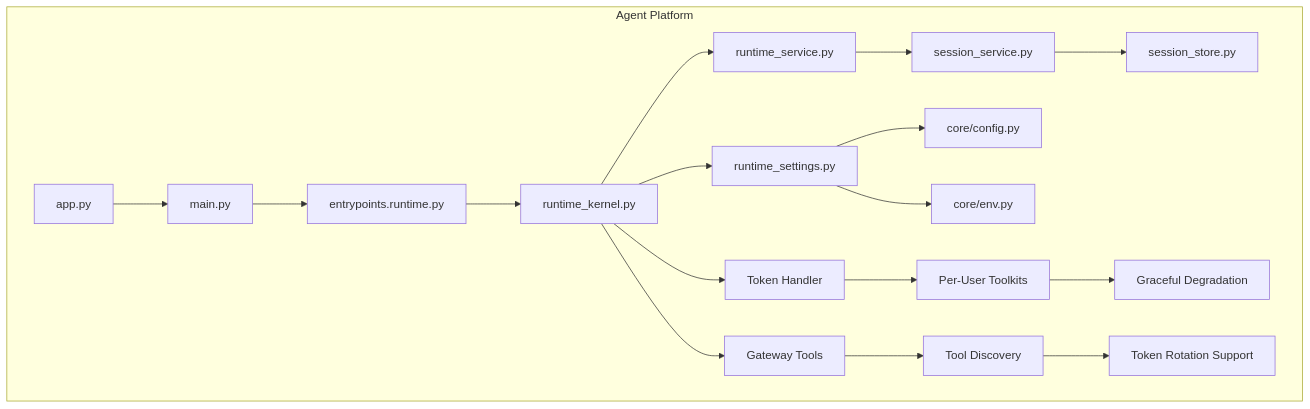
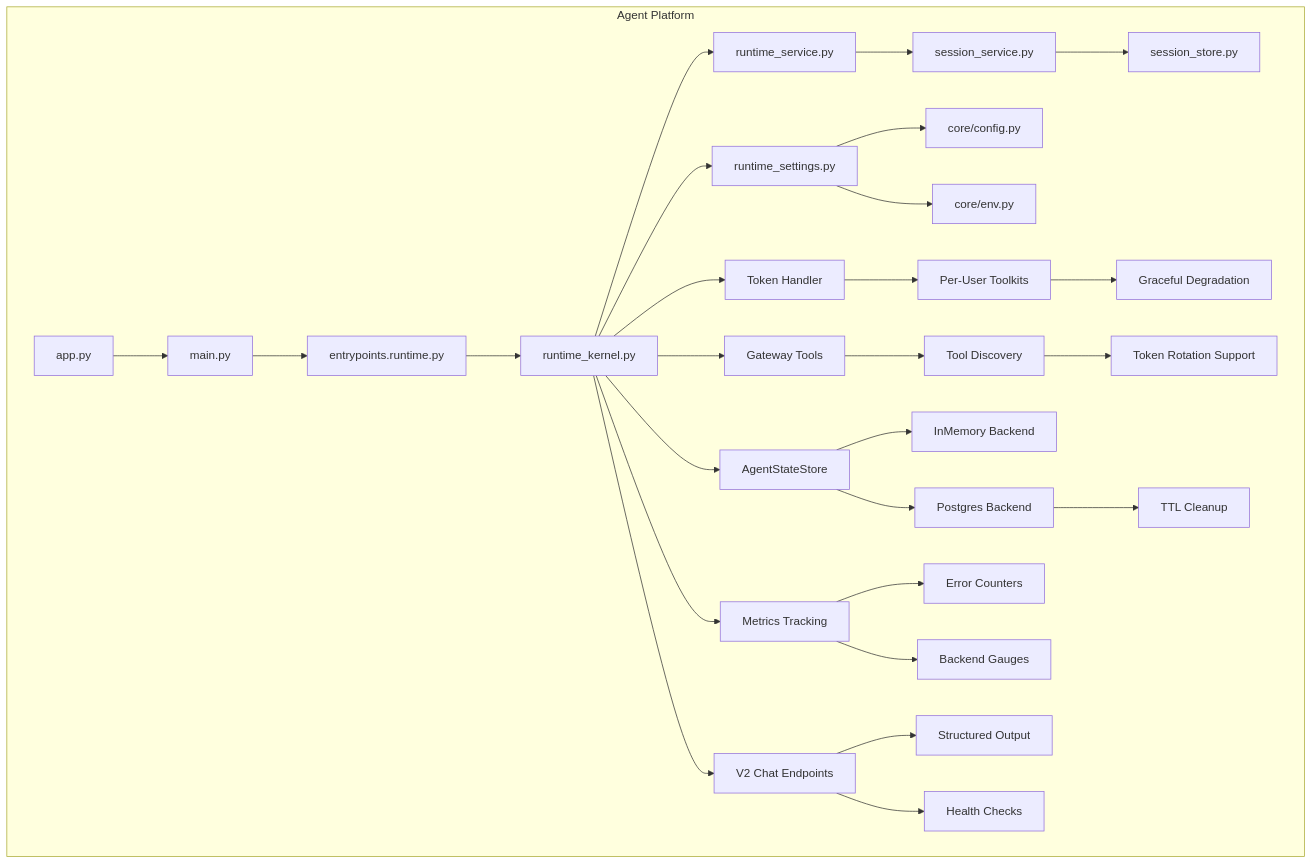
Before and after one commit to metasync/luban-aiops: the first of 4 diagrams in .qoder/repowiki/en/content/Agent Platform Service/Runtime Kernel and Agent Lifecycle.md, drawn with Mermaid. The commit also changed other lines of this file and 6 other files, not shown here.

````diff
--- a/.qoder/repowiki/en/content/Agent Platform Service/Runtime Kernel and Agent Lifecycle.md
+++ b/.qoder/repowiki/en/content/Agent Platform Service/Runtime Kernel and Agent Lifecycle.md
@@ -44,20 +51,30 @@
 ```mermaid
 graph TB
 subgraph "Agent Platform"
 A["app.py"] --> B["main.py"]
 B --> C["entrypoints.runtime.py"]
 C --> D["runtime_kernel.py"]
 D --> E["runtime_service.py"]
 E --> F["session_service.py"]
 F --> G["session_store.py"]
 D --> H["runtime_settings.py"]
 H --> I["core/config.py"]
 H --> J["core/env.py"]
 D --> K["Token Handler"]
 K --> L["Per-User Toolkits"]
 L --> M["Graceful Degradation"]
 D --> N["Gateway Tools"]
 N --> O["Tool Discovery"]
 O --> P["Token Rotation Support"]
+D --> Q["AgentStateStore"]
+Q --> R["InMemory Backend"]
+Q --> S["Postgres Backend"]
+S --> T["TTL Cleanup"]
+D --> U["Metrics Tracking"]
+U --> V["Error Counters"]
+U --> W["Backend Gauges"]
+D --> X["V2 Chat Endpoints"]
+X --> Y["Structured Output"]
+X --> Z["Health Checks"]
 end
 ```
````
